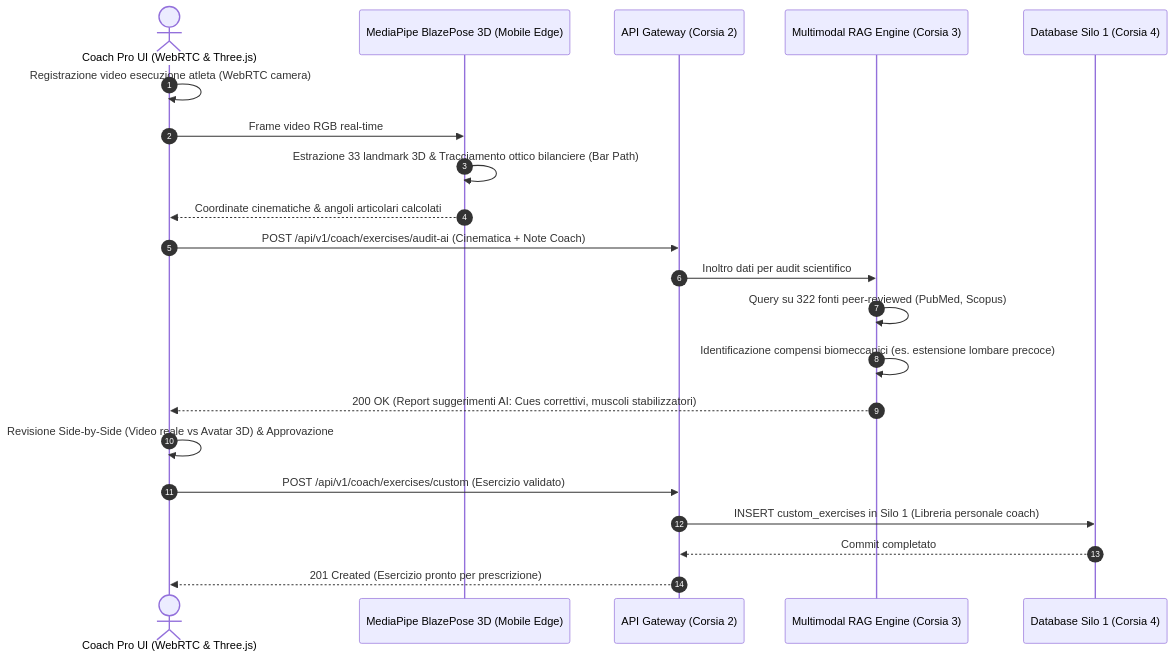
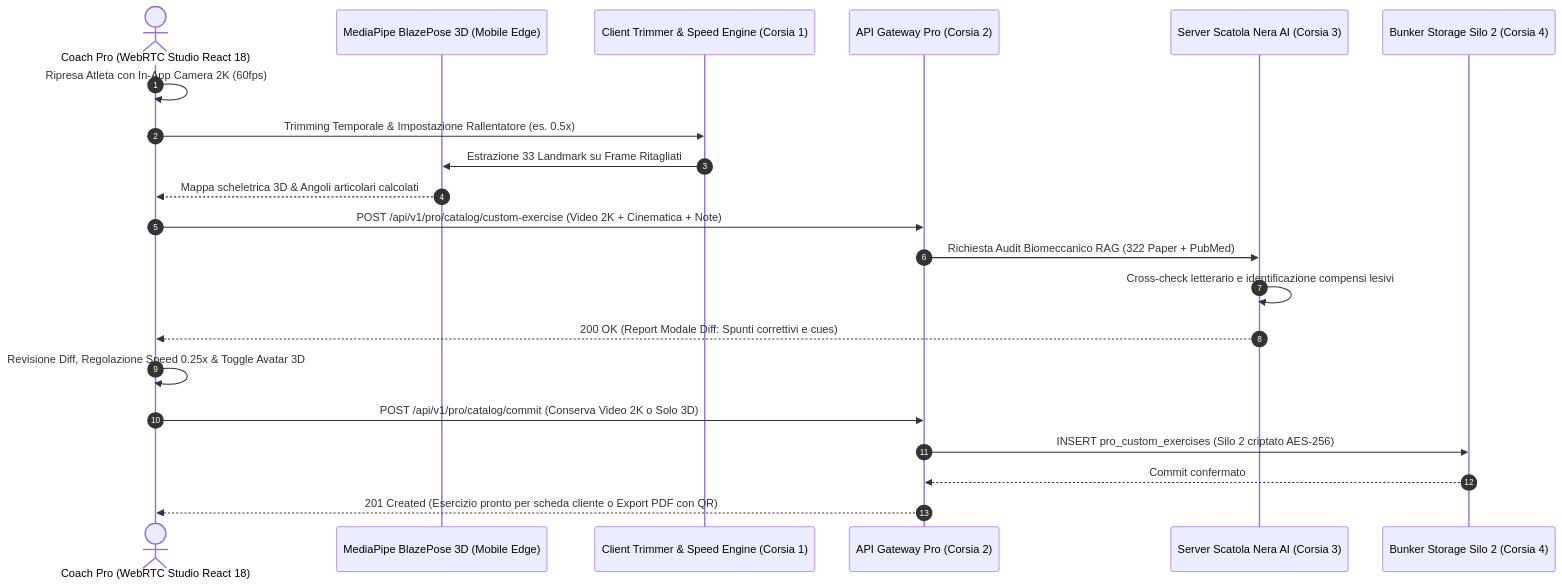
One commit to sportscience2025-star/Sports-Analytics-Platform---T7-Workout-APP changed the diagram in architecture-blueprint/00-capitolato-tecnico-e-glossario/08-software-2-flow-2b-coach-hub.md. Above: the diagram before and after it, drawn with Mermaid. The commit also changed other lines of this file and 8 other files, not shown here.

Commit message:
feat(catalog): differenziazione video tiers (1080p as-is, 2K speed control, 4K/8K suite tattica) su Miro, capitolati, mmd e glossario

````diff
--- a/architecture-blueprint/00-capitolato-tecnico-e-glossario/08-software-2-flow-2b-coach-hub.md
+++ b/architecture-blueprint/00-capitolato-tecnico-e-glossario/08-software-2-flow-2b-coach-hub.md
@@ -47,26 +54,26 @@
 ```mermaid
 sequenceDiagram
     autonumber
-    actor Coach as Coach Pro UI (WebRTC & Three.js)
+    actor Coach as Coach Pro (WebRTC Studio React 18)
     participant EDGE as MediaPipe BlazePose 3D (Mobile Edge)
-    participant GW as API Gateway (Corsia 2)
-    participant RAG as Multimodal RAG Engine (Corsia 3)
-    participant DB as Database Silo 1 (Corsia 4)
+    participant TRIM as Client Trimmer & Speed Engine (Corsia 1)
+    participant GW as API Gateway Pro (Corsia 2)
+    participant RAG as Server Scatola Nera AI (Corsia 3)
+    participant DB as Bunker Storage Silo 2 (Corsia 4)
 
-    Coach->>Coach: Registrazione video esecuzione atleta (WebRTC camera)
-    Coach->>EDGE: Frame video RGB real-time
-    EDGE->>EDGE: Estrazione 33 landmark 3D & Tracciamento ottico bilanciere (Bar Path)
-    EDGE-->>Coach: Coordinate cinematiche & angoli articolari calcolati
-
-    Coach->>GW: POST /api/v1/coach/exercises/audit-ai (Cinematica + Note Coach)
-    GW->>RAG: Inoltro dati per audit scientifico
-    RAG->>RAG: Query su 322 fonti peer-reviewed (PubMed, Scopus)
-    RAG->>RAG: Identificazione compensi biomeccanici (es. estensione lombare precoce)
-    RAG-->>Coach: 200 OK (Report suggerimenti AI: Cues correttivi, muscoli stabilizzatori)
+    Coach->>Coach: Ripresa Atleta con In-App Camera 2K (60fps)
+    Coach->>TRIM: Trimming Temporale & Impostazione Rallentatore (es. 0.5x)
+    TRIM->>EDGE: Estrazione 33 Landmark su Frame Ritagliati
+    EDGE-->>Coach: Mappa scheletrica 3D & Angoli articolari calcolati
     
-    Coach->>Coach: Revisione Side-by-Side (Video reale vs Avatar 3D) & Approvazione
-    Coach->>GW: POST /api/v1/coach/exercises/custom (Esercizio validato)
-    GW->>DB: INSERT custom_exercises in Silo 1 (Libreria personale coach)
-    DB-->>GW: Commit completato
-    GW-->>Coach: 201 Created (Esercizio pronto per prescrizione)
+    Coach->>GW: POST /api/v1/pro/catalog/custom-exercise (Video 2K + Cinematica + Note)
+    GW->>RAG: Richiesta Audit Biomeccanico RAG (322 Paper + PubMed)
+    RAG->>RAG: Cross-check letterario e identificazione compensi lesivi
+    RAG-->>Coach: 200 OK (Report Modale Diff: Spunti correttivi e cues)
+    
+    Coach->>Coach: Revisione Diff, Regolazione Speed 0.25x & Toggle Avatar 3D
+    Coach->>GW: POST /api/v1/pro/catalog/commit (Conserva Video 2K o Solo 3D)
+    GW->>DB: INSERT pro_custom_exercises (Silo 2 criptato AES-256)
+    DB-->>GW: Commit confermato
+    GW-->>Coach: 201 Created (Esercizio pronto per scheda cliente o Export PDF con QR)
 ```
````
